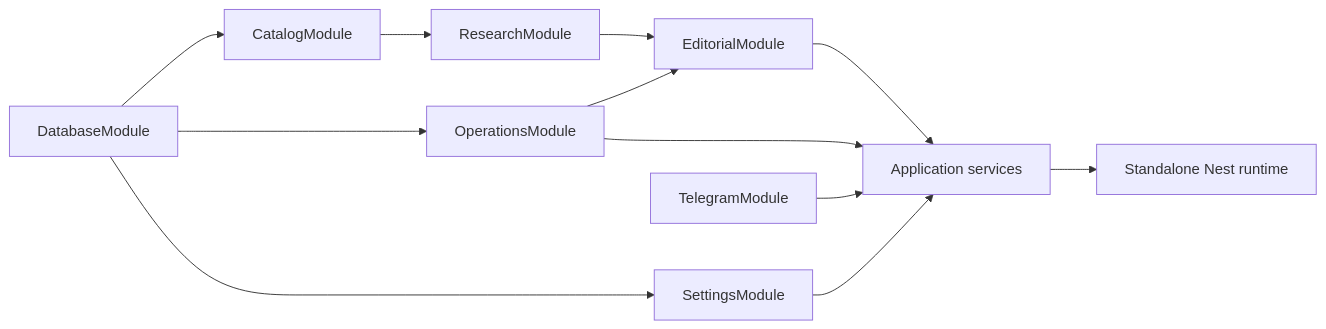
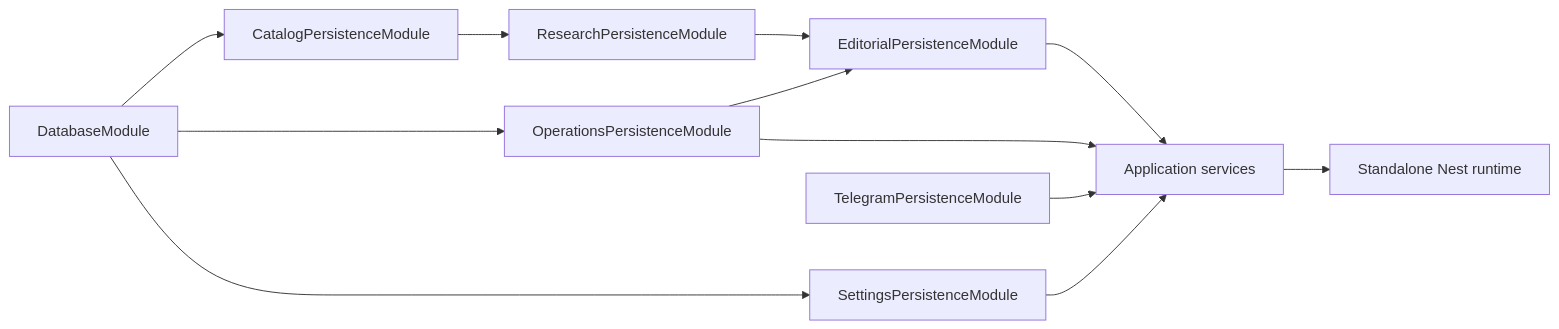
Before and after one commit to ferbert-dev/telegram-news-agent: the diagram in docs/nestjs-drizzle-migration-blueprint.md, drawn with Mermaid. The commit also changed other lines of this file and 15 other files, not shown here.

````diff
--- a/docs/nestjs-drizzle-migration-blueprint.md
+++ b/docs/nestjs-drizzle-migration-blueprint.md
@@ -41,24 +47,24 @@
 ```mermaid
 flowchart LR
   DB["DatabaseModule"]
-  Catalog["CatalogModule"]
-  Operations["OperationsModule"]
-  Research["ResearchModule"]
-  Editorial["EditorialModule"]
-  Settings["SettingsModule"]
-  Telegram["TelegramModule"]
+  Catalog["CatalogPersistenceModule"]
+  Operations["OperationsPersistenceModule"]
+  Research["ResearchPersistenceModule"]
+  Editorial["EditorialPersistenceModule"]
+  Settings["SettingsPersistenceModule"]
+  Telegram["TelegramPersistenceModule"]
   App["Application services"]
   Runtime["Standalone Nest runtime"]
 
   DB --> Catalog
   DB --> Operations
   Catalog --> Research
   Research --> Editorial
   Operations --> Editorial
   DB --> Settings
   Operations --> App
   Editorial --> App
   Settings --> App
   Telegram --> App
   App --> Runtime
 ```
````
